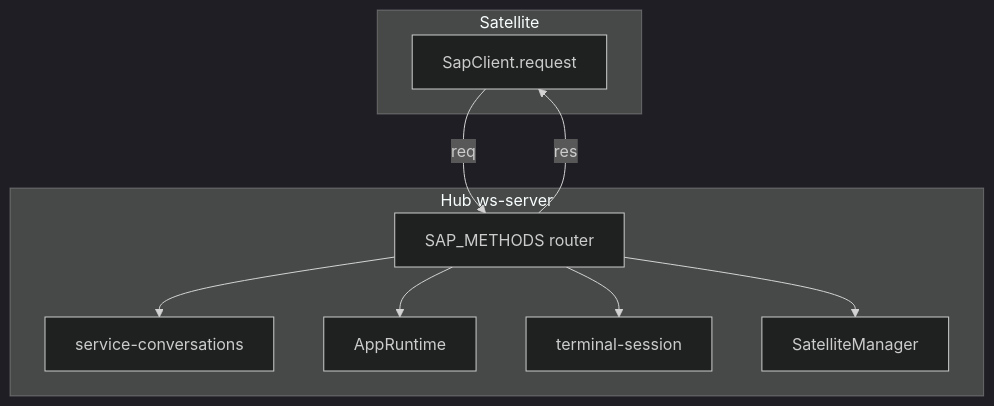
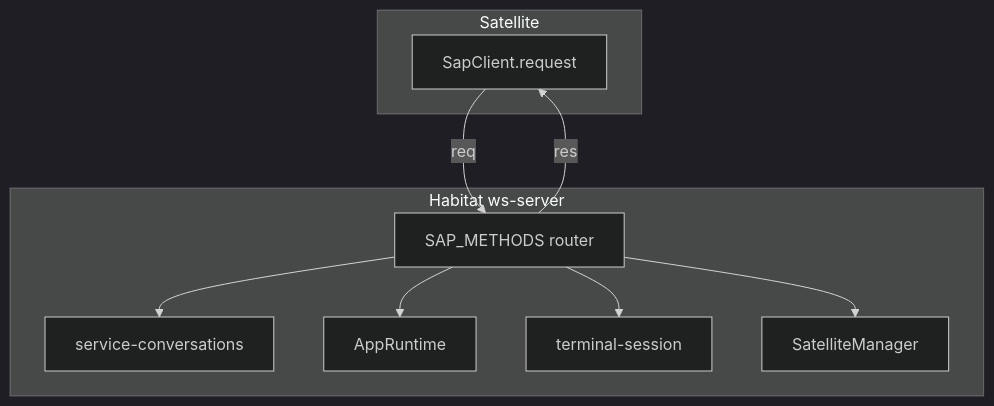
One commit to freeanima-org/freeanima changed the diagram in docs/sap/methods.md. Above: the diagram before and after it, drawn with Mermaid (dark theme). The commit also changed other lines of this file and 933 other files, not shown here.

````diff
--- a/docs/sap/methods.md
+++ b/docs/sap/methods.md
@@ -13,19 +13,19 @@
 ```mermaid
 flowchart TB
   subgraph satellite [Satellite]
     Client[SapClient.request]
   end
-  subgraph hub [Hub ws-server]
+  subgraph hub [Habitat ws-server]
     Router[SAP_METHODS router]
     Sessions[service-conversations]
     Runtime[AppRuntime]
     Terminals[terminal-session]
     SatMgr[SatelliteManager]
   end
   Client -->|req| Router
   Router --> Sessions
   Router --> Runtime
   Router --> Terminals
   Router --> SatMgr
   Router -->|res| Client
 ```
````
